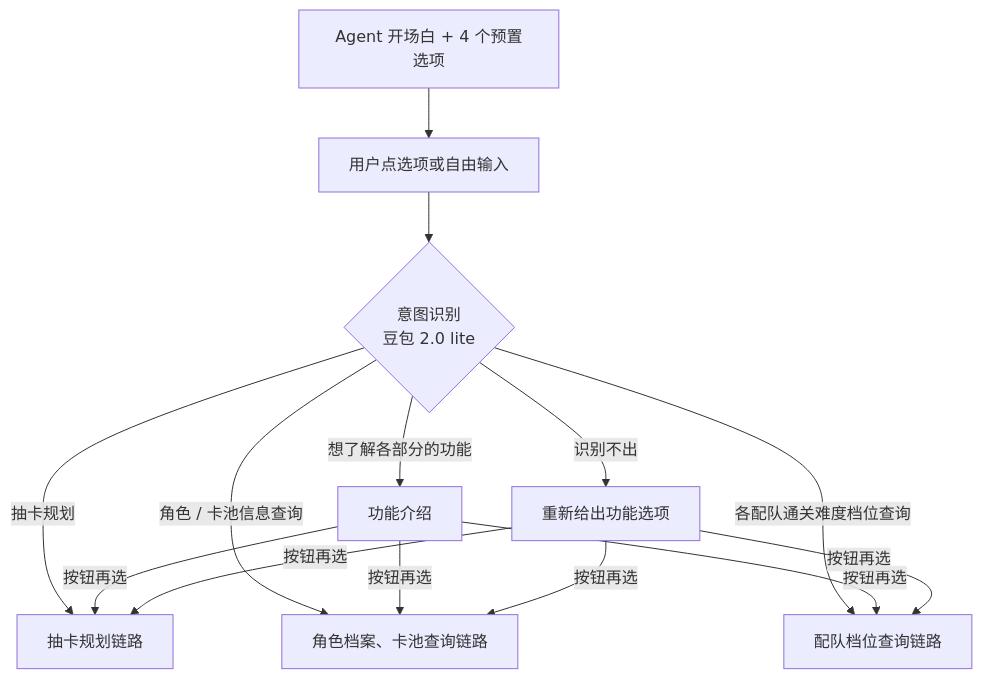
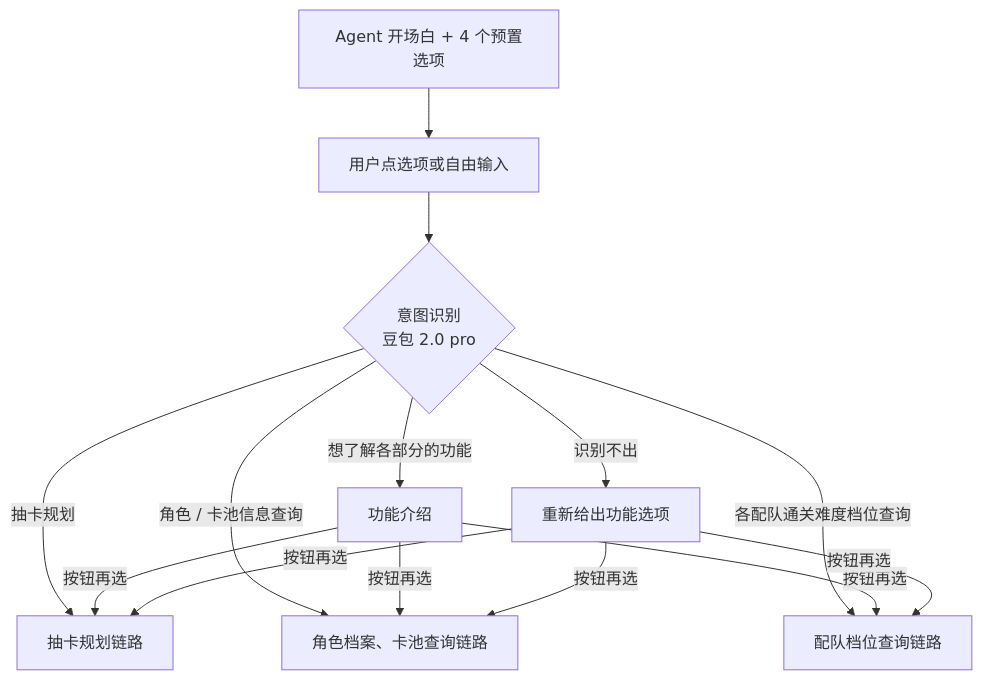
Before and after one commit to FlightSnowflakes/daduerong-planner: the first of 3 diagrams in README.md, drawn with Mermaid.

````diff
--- a/README.md
+++ b/README.md
@@ -76,12 +76,12 @@
 ```mermaid
 flowchart TD
     A["Agent 开场白 + 4 个预置选项"] --> B["用户点选项或自由输入"]
-    B --> C{"意图识别<br/>豆包 2.0 lite"}
+    B --> C{"意图识别<br/>豆包 2.0 pro"}
     C -->|"抽卡规划"| P["抽卡规划链路"]
     C -->|"角色 / 卡池信息查询"| Q1["角色档案、卡池查询链路"]
     C -->|"各配队通关难度档位查询"| Q2["配队档位查询链路"]
     C -->|"想了解各部分的功能"| F["功能介绍"]
     C -->|"识别不出"| R["重新给出功能选项"]
     F -->|"按钮再选"| P & Q1 & Q2
     R -->|"按钮再选"| P & Q1 & Q2
 ```
````
